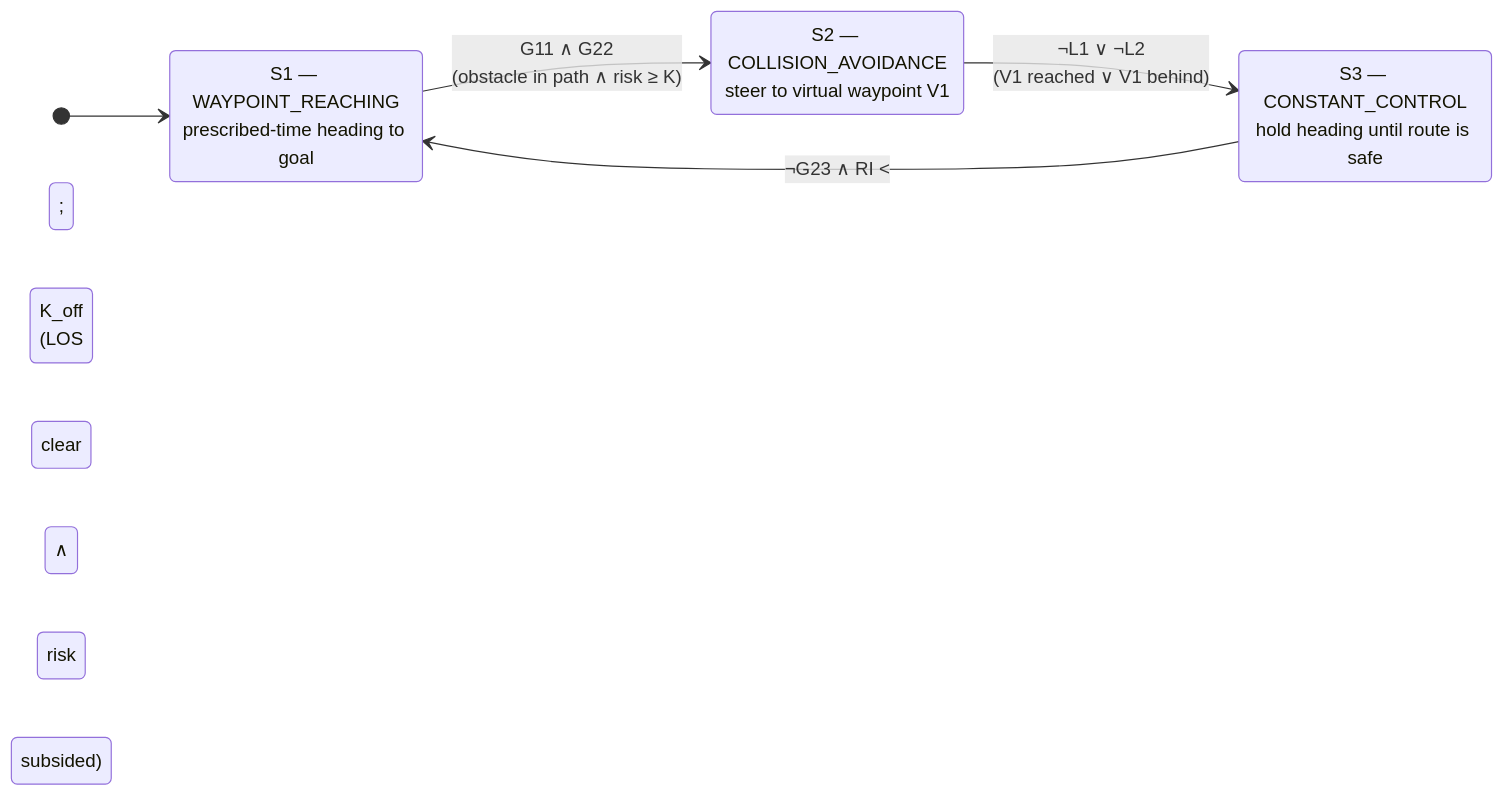
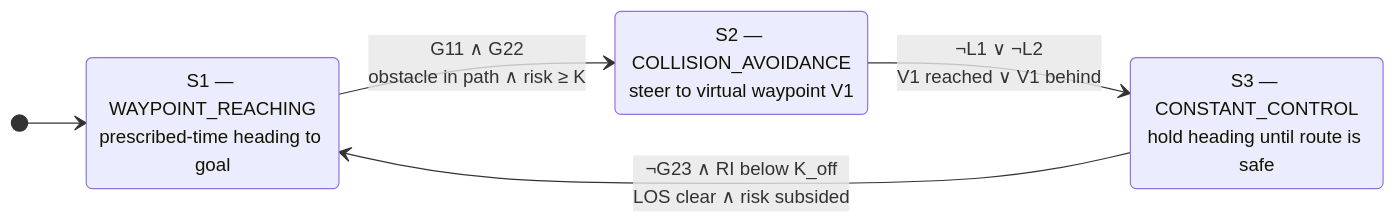
The diagram in README.md (michaelstolberger27/usv-navigation), drawn with Mermaid before and after one commit.

Commit message:
Fix mermaid edge label: '<' broke GitHub's parser, scattering orphan nodes

````diff
--- a/README.md
+++ b/README.md
@@ -53,11 +53,11 @@
 ```mermaid
 stateDiagram-v2
     direction LR
     [*] --> S1
     S1: S1 — WAYPOINT_REACHING<br/>prescribed-time heading to goal
     S2: S2 — COLLISION_AVOIDANCE<br/>steer to virtual waypoint V1
     S3: S3 — CONSTANT_CONTROL<br/>hold heading until route is safe
-    S1 --> S2: G11 ∧ G22<br/>(obstacle in path ∧ risk ≥ K)
-    S2 --> S3: ¬L1 ∨ ¬L2<br/>(V1 reached ∨ V1 behind)
-    S3 --> S1: ¬G23 ∧ RI &lt; K_off<br/>(LOS clear ∧ risk subsided)
+    S1 --> S2: G11 ∧ G22<br/>obstacle in path ∧ risk ≥ K
+    S2 --> S3: ¬L1 ∨ ¬L2<br/>V1 reached ∨ V1 behind
+    S3 --> S1: ¬G23 ∧ RI below K_off<br/>LOS clear ∧ risk subsided
 ```
````
